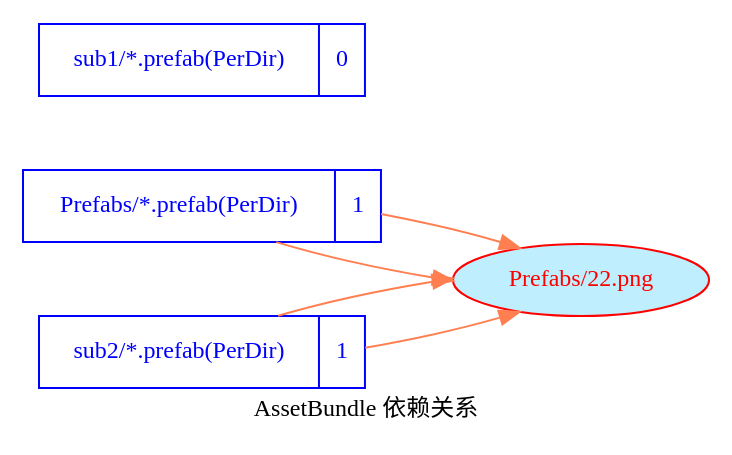
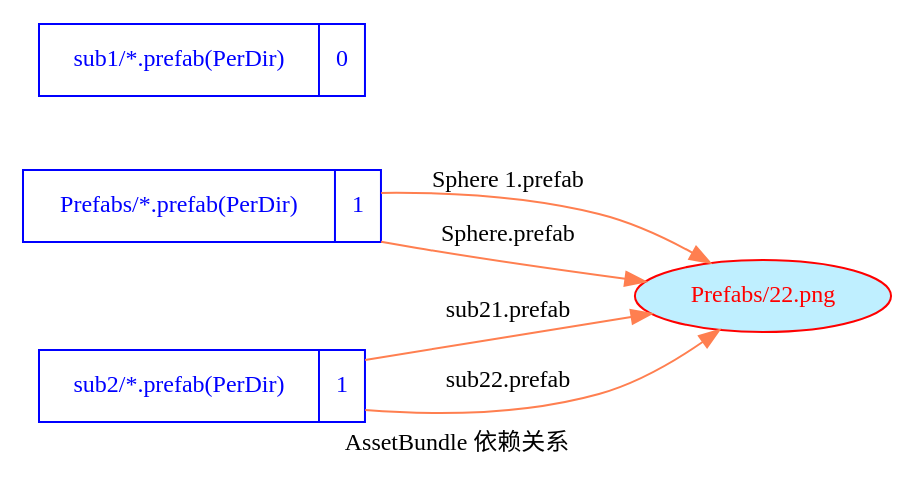
Before and after one commit to songtm/ABSystem: the diagram in Assets/StreamingAssets/AssetBundles/00dep.dot, drawn with Graphviz. The commit also changed 3 other files, not shown here.

```diff
--- a/Assets/StreamingAssets/AssetBundles/00dep.dot
+++ b/Assets/StreamingAssets/AssetBundles/00dep.dot
@@ -1,27 +1,24 @@
 digraph dep {
     fontname = "Microsoft YaHei";
     label = "AssetBundle 依赖关系"
     nodesep=0.5
     rankdir = "LR"
     fontsize = 12;
     node [ fontname = "Microsoft YaHei", fontsize = 12, shape = "record" color="skyblue"];
     edge [ fontname = "Microsoft YaHei", fontsize = 12 , color="coral"];
 	"Prefabs/*.prefab(PerDir)" [color="blue", fontcolor="blue", label="{<f0> Prefabs/*.prefab(PerDir) |<f1> 1 }"]
-	"Prefabs/*.prefab(PerDir)" [color="blue", fontcolor="blue", label="{<f0> Prefabs/*.prefab(PerDir) |<f1> 1 }"]
-	"sub1/*.prefab(PerDir)" [color="blue", fontcolor="blue", label="{<f0> sub1/*.prefab(PerDir) |<f1> 0 }"]
 	"sub1/*.prefab(PerDir)" [color="blue", fontcolor="blue", label="{<f0> sub1/*.prefab(PerDir) |<f1> 0 }"]
 	"sub2/*.prefab(PerDir)" [color="blue", fontcolor="blue", label="{<f0> sub2/*.prefab(PerDir) |<f1> 1 }"]
-	"sub2/*.prefab(PerDir)" [color="blue", fontcolor="blue", label="{<f0> sub2/*.prefab(PerDir) |<f1> 1 }"]
 	"Prefabs/22.png" [color="red", fontcolor="red", shape="ellipse", fillcolor="lightblue1", style="filled"]
-	"Prefabs/*.prefab(PerDir)"->"Prefabs/22.png"
+	"Prefabs/*.prefab(PerDir)"->"Prefabs/22.png" [label="Sphere 1.prefab"]
 
-	"Prefabs/*.prefab(PerDir)"->"Prefabs/22.png"
+	"Prefabs/*.prefab(PerDir)"->"Prefabs/22.png" [label="Sphere.prefab"]
 
 
 
-	"sub2/*.prefab(PerDir)"->"Prefabs/22.png"
+	"sub2/*.prefab(PerDir)"->"Prefabs/22.png" [label="sub21.prefab"]
 
-	"sub2/*.prefab(PerDir)"->"Prefabs/22.png"
+	"sub2/*.prefab(PerDir)"->"Prefabs/22.png" [label="sub22.prefab"]
 
 
 }
```
